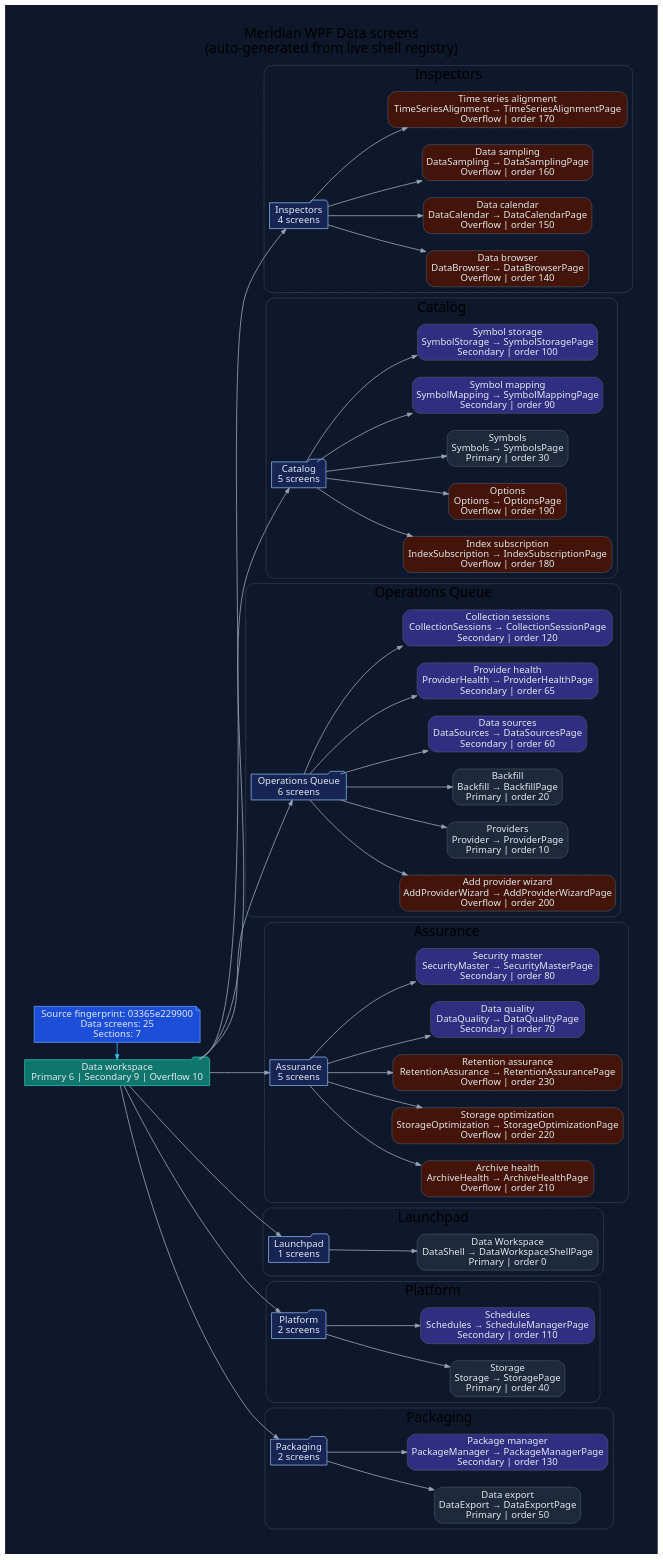
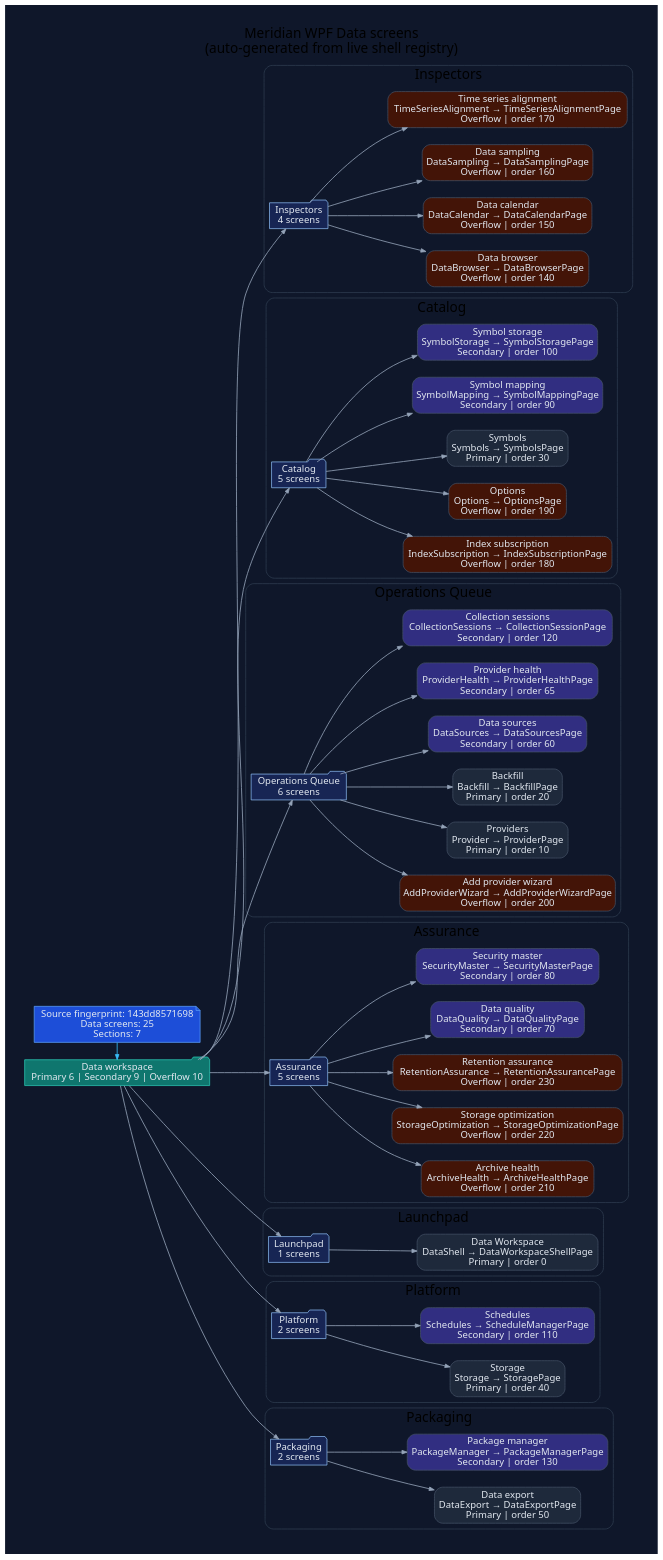
The diagram in docs/diagrams/ui/ui-wpf-screens-data.dot (rodoHasArrived/Meridian-main), drawn with Graphviz before and after one commit. The commit also changed 48 other files, not shown here.

First line of the commit message:
Retitle Evidence Workbench navigation text and regenerate UI diagrams

```diff
--- a/docs/diagrams/ui/ui-wpf-screens-data.dot
+++ b/docs/diagrams/ui/ui-wpf-screens-data.dot
@@ -1,132 +1,132 @@
 // -----------------------------------------------------------------------------
 // <auto-generated>
 // Generated by scripts/generate-diagrams.mjs.
 // Do not edit this file directly; update the WPF source files instead.
 // -----------------------------------------------------------------------------
 digraph WpfDataScreens {
   graph [
     rankdir=LR,
     labelloc=t,
     label="Meridian WPF Data screens\n(auto-generated from live shell registry)",
     fontname="Segoe UI",
     fontsize=20,
     pad=0.4,
     nodesep=0.35,
     ranksep=0.85,
     bgcolor="#0f172a"
   ];
   node [fontname="Segoe UI", shape=box, style="rounded,filled", color="#475569", fontcolor="#e2e8f0", fillcolor="#1e293b"];
   edge [fontname="Segoe UI", color="#94a3b8", penwidth=1.2, arrowsize=0.75];
 
-  generated [shape=note, fillcolor="#1d4ed8", color="#60a5fa", label="Source fingerprint: 03365e229900\nData screens: 25\nSections: 7"];
+  generated [shape=note, fillcolor="#1d4ed8", color="#60a5fa", label="Source fingerprint: 143dd8571698\nData screens: 25\nSections: 7"];
   workspace [shape=folder, fillcolor="#0f766e", color="#2dd4bf", label="Data workspace\nPrimary 6 | Secondary 9 | Overflow 10"];
   generated -> workspace [color="#38bdf8"];
 
   subgraph cluster_section_1 {
     label="Inspectors";
     color="#334155";
     style="rounded";
     section_1 [shape=folder, fillcolor="#172554", color="#93c5fd", label="Inspectors\n4 screens"];
     workspace -> section_1;
     screen_DataBrowser [fillcolor="#431407", label="Data browser\nDataBrowser → DataBrowserPage\nOverflow | order 140"];
     section_1 -> screen_DataBrowser;
     screen_DataCalendar [fillcolor="#431407", label="Data calendar\nDataCalendar → DataCalendarPage\nOverflow | order 150"];
     section_1 -> screen_DataCalendar;
     screen_DataSampling [fillcolor="#431407", label="Data sampling\nDataSampling → DataSamplingPage\nOverflow | order 160"];
     section_1 -> screen_DataSampling;
     screen_TimeSeriesAlignment [fillcolor="#431407", label="Time series alignment\nTimeSeriesAlignment → TimeSeriesAlignmentPage\nOverflow | order 170"];
     section_1 -> screen_TimeSeriesAlignment;
   }
 
   subgraph cluster_section_2 {
     label="Catalog";
     color="#334155";
     style="rounded";
     section_2 [shape=folder, fillcolor="#172554", color="#93c5fd", label="Catalog\n5 screens"];
     workspace -> section_2;
     screen_IndexSubscription [fillcolor="#431407", label="Index subscription\nIndexSubscription → IndexSubscriptionPage\nOverflow | order 180"];
     section_2 -> screen_IndexSubscription;
     screen_Options [fillcolor="#431407", label="Options\nOptions → OptionsPage\nOverflow | order 190"];
     section_2 -> screen_Options;
     screen_Symbols [fillcolor="#1e293b", label="Symbols\nSymbols → SymbolsPage\nPrimary | order 30"];
     section_2 -> screen_Symbols;
     screen_SymbolMapping [fillcolor="#312e81", label="Symbol mapping\nSymbolMapping → SymbolMappingPage\nSecondary | order 90"];
     section_2 -> screen_SymbolMapping;
     screen_SymbolStorage [fillcolor="#312e81", label="Symbol storage\nSymbolStorage → SymbolStoragePage\nSecondary | order 100"];
     section_2 -> screen_SymbolStorage;
   }
 
   subgraph cluster_section_3 {
     label="Operations Queue";
     color="#334155";
     style="rounded";
     section_3 [shape=folder, fillcolor="#172554", color="#93c5fd", label="Operations Queue\n6 screens"];
     workspace -> section_3;
     screen_AddProviderWizard [fillcolor="#431407", label="Add provider wizard\nAddProviderWizard → AddProviderWizardPage\nOverflow | order 200"];
     section_3 -> screen_AddProviderWizard;
     screen_Provider [fillcolor="#1e293b", label="Providers\nProvider → ProviderPage\nPrimary | order 10"];
     section_3 -> screen_Provider;
     screen_Backfill [fillcolor="#1e293b", label="Backfill\nBackfill → BackfillPage\nPrimary | order 20"];
     section_3 -> screen_Backfill;
     screen_DataSources [fillcolor="#312e81", label="Data sources\nDataSources → DataSourcesPage\nSecondary | order 60"];
     section_3 -> screen_DataSources;
     screen_ProviderHealth [fillcolor="#312e81", label="Provider health\nProviderHealth → ProviderHealthPage\nSecondary | order 65"];
     section_3 -> screen_ProviderHealth;
     screen_CollectionSessions [fillcolor="#312e81", label="Collection sessions\nCollectionSessions → CollectionSessionPage\nSecondary | order 120"];
     section_3 -> screen_CollectionSessions;
   }
 
   subgraph cluster_section_4 {
     label="Assurance";
     color="#334155";
     style="rounded";
     section_4 [shape=folder, fillcolor="#172554", color="#93c5fd", label="Assurance\n5 screens"];
     workspace -> section_4;
     screen_ArchiveHealth [fillcolor="#431407", label="Archive health\nArchiveHealth → ArchiveHealthPage\nOverflow | order 210"];
     section_4 -> screen_ArchiveHealth;
     screen_StorageOptimization [fillcolor="#431407", label="Storage optimization\nStorageOptimization → StorageOptimizationPage\nOverflow | order 220"];
     section_4 -> screen_StorageOptimization;
     screen_RetentionAssurance [fillcolor="#431407", label="Retention assurance\nRetentionAssurance → RetentionAssurancePage\nOverflow | order 230"];
     section_4 -> screen_RetentionAssurance;
     screen_DataQuality [fillcolor="#312e81", label="Data quality\nDataQuality → DataQualityPage\nSecondary | order 70"];
     section_4 -> screen_DataQuality;
     screen_SecurityMaster [fillcolor="#312e81", label="Security master\nSecurityMaster → SecurityMasterPage\nSecondary | order 80"];
     section_4 -> screen_SecurityMaster;
   }
 
   subgraph cluster_section_5 {
     label="Launchpad";
     color="#334155";
     style="rounded";
     section_5 [shape=folder, fillcolor="#172554", color="#93c5fd", label="Launchpad\n1 screens"];
     workspace -> section_5;
     screen_DataShell [fillcolor="#1e293b", label="Data Workspace\nDataShell → DataWorkspaceShellPage\nPrimary | order 0"];
     section_5 -> screen_DataShell;
   }
 
   subgraph cluster_section_6 {
     label="Platform";
     color="#334155";
     style="rounded";
     section_6 [shape=folder, fillcolor="#172554", color="#93c5fd", label="Platform\n2 screens"];
     workspace -> section_6;
     screen_Storage [fillcolor="#1e293b", label="Storage\nStorage → StoragePage\nPrimary | order 40"];
     section_6 -> screen_Storage;
     screen_Schedules [fillcolor="#312e81", label="Schedules\nSchedules → ScheduleManagerPage\nSecondary | order 110"];
     section_6 -> screen_Schedules;
   }
 
   subgraph cluster_section_7 {
     label="Packaging";
     color="#334155";
     style="rounded";
     section_7 [shape=folder, fillcolor="#172554", color="#93c5fd", label="Packaging\n2 screens"];
     workspace -> section_7;
     screen_DataExport [fillcolor="#1e293b", label="Data export\nDataExport → DataExportPage\nPrimary | order 50"];
     section_7 -> screen_DataExport;
     screen_PackageManager [fillcolor="#312e81", label="Package manager\nPackageManager → PackageManagerPage\nSecondary | order 130"];
     section_7 -> screen_PackageManager;
   }
 
   { rank=min; generated; workspace; }
 }
```
